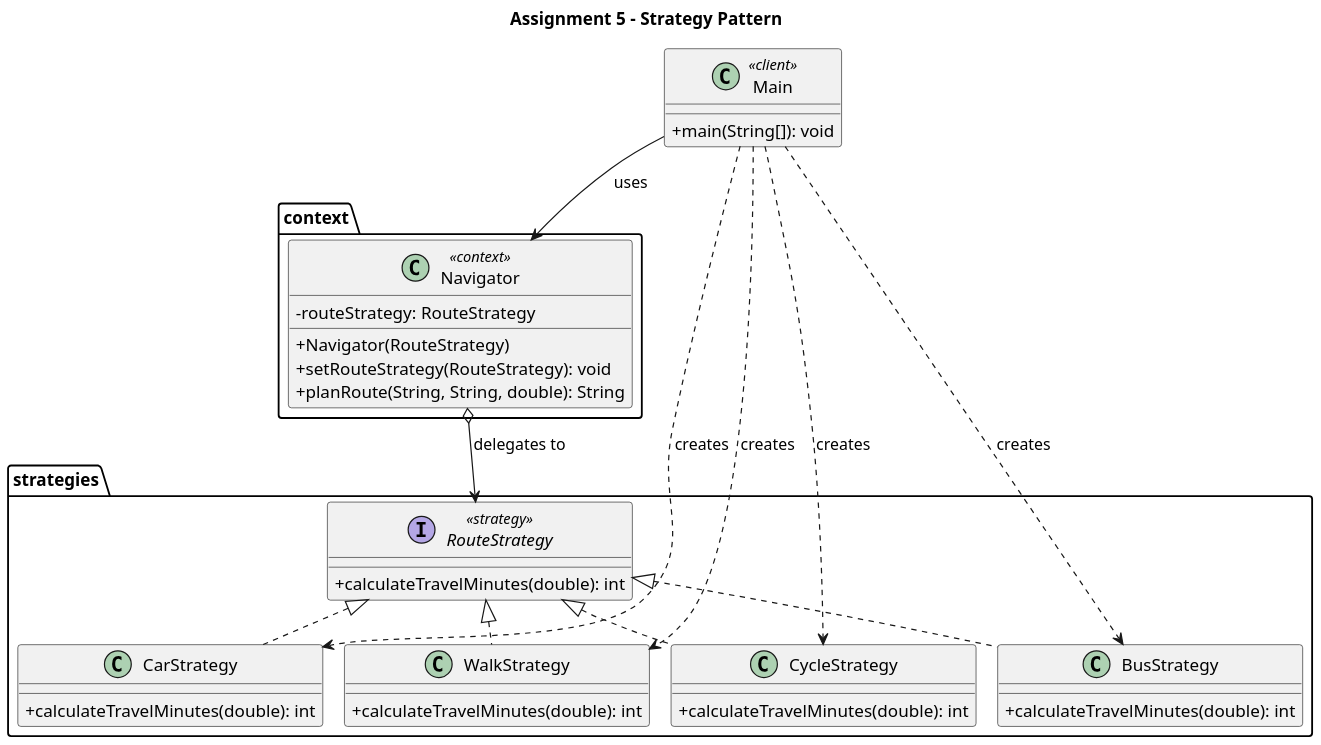
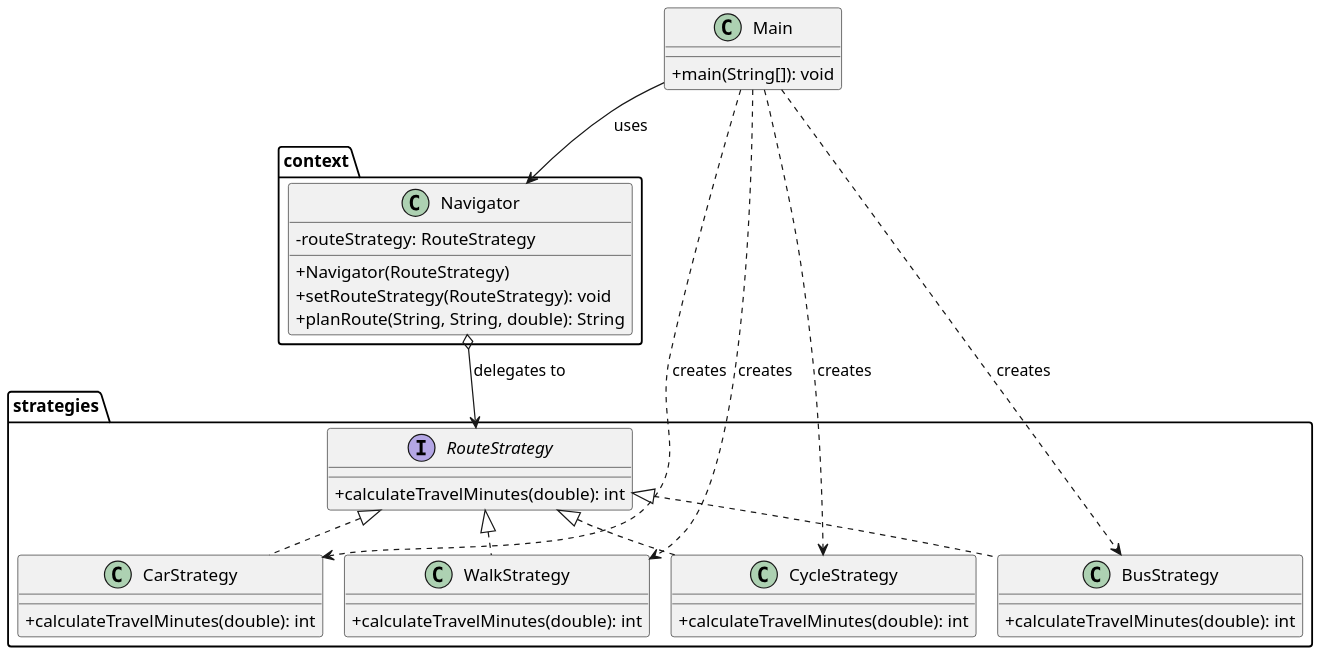
One commit to Collector119/asik-aitu-sdp5 changed the diagram in docs/class-diagram.puml. Above: the diagram before and after it, drawn with PlantUML. The commit also changed 4 other files, not shown here.

```diff
--- a/docs/class-diagram.puml
+++ b/docs/class-diagram.puml
@@ -1,48 +1,47 @@
 @startuml
 !pragma layout smetana
 skinparam classAttributeIconSize 0
 skinparam dpi 150
-title Assignment 5 - Strategy Pattern
 
-class Main <<client>> {
+class Main {
   +main(String[]): void
 }
 
 package context {
-  class Navigator <<context>> {
+  class Navigator {
     -routeStrategy: RouteStrategy
     +Navigator(RouteStrategy)
     +setRouteStrategy(RouteStrategy): void
     +planRoute(String, String, double): String
   }
 }
 
 package strategies {
-  interface RouteStrategy <<strategy>> {
+  interface RouteStrategy {
     +calculateTravelMinutes(double): int
   }
   class CarStrategy {
     +calculateTravelMinutes(double): int
   }
   class WalkStrategy {
     +calculateTravelMinutes(double): int
   }
   class CycleStrategy {
     +calculateTravelMinutes(double): int
   }
   class BusStrategy {
     +calculateTravelMinutes(double): int
   }
 }
 
 Main --> Navigator : uses
 Main ..> CarStrategy : creates
 Main ..> WalkStrategy : creates
 Main ..> CycleStrategy : creates
 Main ..> BusStrategy : creates
 Navigator o--> RouteStrategy : delegates to
 RouteStrategy <|.. CarStrategy
 RouteStrategy <|.. WalkStrategy
 RouteStrategy <|.. CycleStrategy
 RouteStrategy <|.. BusStrategy
 @enduml
```
